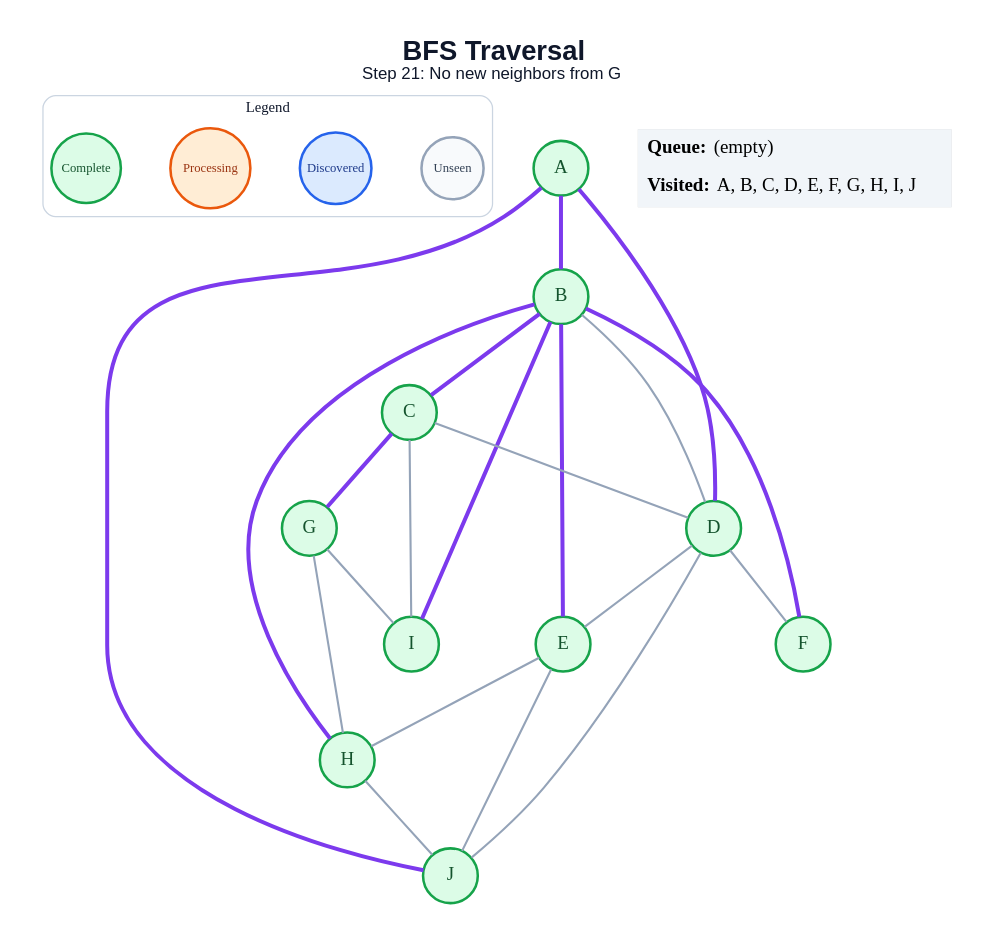
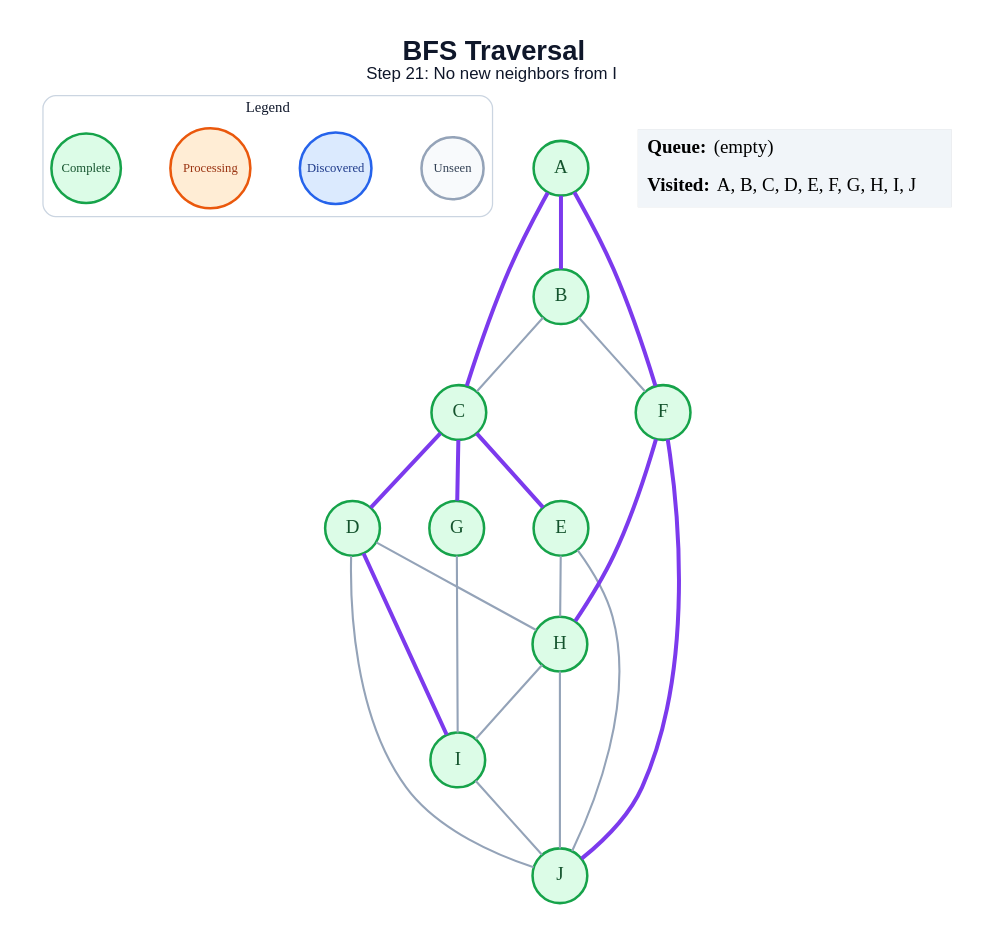
One commit to amanghodawala9/ai-slop changed the diagram in generated/bfs/step_21.dot. Above: the diagram before and after it, drawn with Graphviz. The commit also changed 178 other files, not shown here.

```diff
--- a/generated/bfs/step_21.dot
+++ b/generated/bfs/step_21.dot
@@ -1,49 +1,48 @@
 graph traversal {
   graph [layout=dot, rankdir=TB, bgcolor="#FFFFFF", pad="0.35", nodesep="0.65", ranksep="0.8", fontname="Arial"];
   node [shape=circle, style="filled", fontname="Arial Bold", fontsize=18, width=0.72, fixedsize=true, penwidth=2.4];
   edge [color="#94A3B8", penwidth=2.0];
-  label=<<B>BFS Traversal</B><BR/><FONT POINT-SIZE="16">Step 21: No new neighbors from G</FONT>>; labelloc="t"; fontsize=26; fontname="Arial"; fontcolor="#0F172A";
+  label=<<B>BFS Traversal</B><BR/><FONT POINT-SIZE="16">Step 21: No new neighbors from I</FONT>>; labelloc="t"; fontsize=26; fontname="Arial"; fontcolor="#0F172A";
   subgraph cluster_legend { label="Legend"; color="#CBD5E1"; penwidth=1.2; style="rounded"; fontsize=14; fontname="Arial Bold";
     key_unseen [label="Unseen", fillcolor="#F8FAFC", color="#94A3B8", fontcolor="#334155", fontsize=12, width=0.82];
     key_frontier [label="Discovered", fillcolor="#DBEAFE", color="#2563EB", fontcolor="#1E3A8A", fontsize=12, width=0.95];
     key_current [label="Processing", fillcolor="#FFEDD5", color="#EA580C", fontcolor="#9A3412", fontsize=12, width=1.05];
     key_done [label="Complete", fillcolor="#DCFCE7", color="#16A34A", fontcolor="#14532D", fontsize=12, width=0.92];
     { rank=same; key_unseen; key_frontier; key_current; key_done; }
   }
   A [fillcolor="#DCFCE7", color="#16A34A", fontcolor="#14532D"];
   B [fillcolor="#DCFCE7", color="#16A34A", fontcolor="#14532D"];
   C [fillcolor="#DCFCE7", color="#16A34A", fontcolor="#14532D"];
   D [fillcolor="#DCFCE7", color="#16A34A", fontcolor="#14532D"];
   E [fillcolor="#DCFCE7", color="#16A34A", fontcolor="#14532D"];
   F [fillcolor="#DCFCE7", color="#16A34A", fontcolor="#14532D"];
   G [fillcolor="#DCFCE7", color="#16A34A", fontcolor="#14532D"];
   H [fillcolor="#DCFCE7", color="#16A34A", fontcolor="#14532D"];
   I [fillcolor="#DCFCE7", color="#16A34A", fontcolor="#14532D"];
   J [fillcolor="#DCFCE7", color="#16A34A", fontcolor="#14532D"];
   A -- B [color="#7C3AED", penwidth=3.8];
-  A -- D [color="#7C3AED", penwidth=3.8];
-  A -- J [color="#7C3AED", penwidth=3.8];
-  B -- C [color="#7C3AED", penwidth=3.8];
-  B -- D;
-  B -- E [color="#7C3AED", penwidth=3.8];
-  B -- F [color="#7C3AED", penwidth=3.8];
-  B -- H [color="#7C3AED", penwidth=3.8];
-  B -- I [color="#7C3AED", penwidth=3.8];
-  C -- D;
+  A -- C [color="#7C3AED", penwidth=3.8];
+  A -- F [color="#7C3AED", penwidth=3.8];
+  B -- C;
+  B -- F;
+  C -- D [color="#7C3AED", penwidth=3.8];
+  C -- E [color="#7C3AED", penwidth=3.8];
   C -- G [color="#7C3AED", penwidth=3.8];
-  C -- I;
-  D -- E;
-  D -- F;
+  D -- H;
+  D -- I [color="#7C3AED", penwidth=3.8];
   D -- J;
   E -- H;
   E -- J;
-  G -- H;
+  F -- H [color="#7C3AED", penwidth=3.8];
+  F -- J [color="#7C3AED", penwidth=3.8];
   G -- I;
+  H -- I;
   H -- J;
+  I -- J;
   status [shape=plain, fixedsize=false, width=0, height=0, margin=0, label=<
     <TABLE BORDER="0" CELLBORDER="0" CELLPADDING="7" BGCOLOR="#F1F5F9">
       <TR><TD ALIGN="LEFT"><B>Queue:</B> (empty)</TD></TR>
       <TR><TD ALIGN="LEFT"><B>Visited:</B> A, B, C, D, E, F, G, H, I, J</TD></TR>
     </TABLE>
   >];
 }
```
